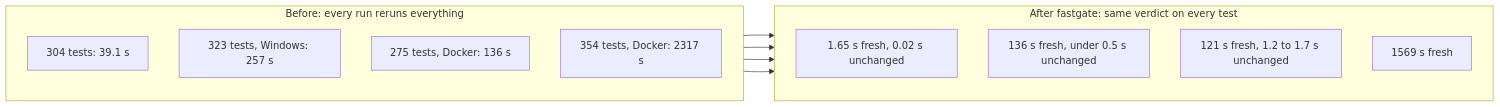
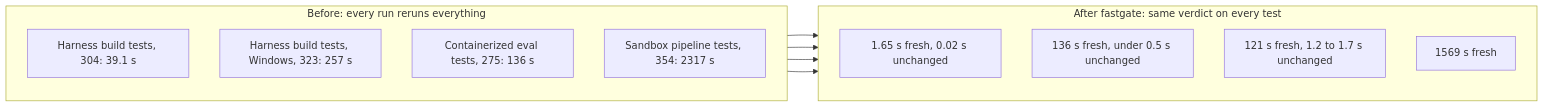
The third of 4 diagrams in README.md (naidx0/fast-verification-kit), drawn with Mermaid before and after one commit. The commit also changed other lines of this file and 1 other file, not shown here.

Commit message:
README: name the suites by workflow, not by project

````diff
--- a/README.md
+++ b/README.md
@@ -46,21 +46,21 @@
 ```mermaid
 flowchart LR
     subgraph before [Before: every run reruns everything]
         direction TB
-        b1[304 tests: 39.1 s]
-        b2[323 tests, Windows: 257 s]
-        b3[275 tests, Docker: 136 s]
-        b4[354 tests, Docker: 2317 s]
+        b1[Harness build tests, 304: 39.1 s]
+        b2[Harness build tests, Windows, 323: 257 s]
+        b3[Containerized eval tests, 275: 136 s]
+        b4[Sandbox pipeline tests, 354: 2317 s]
     end
     subgraph after [After fastgate: same verdict on every test]
         direction TB
         a1[1.65 s fresh, 0.02 s unchanged]
         a2[136 s fresh, under 0.5 s unchanged]
         a3[121 s fresh, 1.2 to 1.7 s unchanged]
         a4[1569 s fresh]
     end
     b1 --> a1
     b2 --> a2
     b3 --> a3
     b4 --> a4
 ```
````
